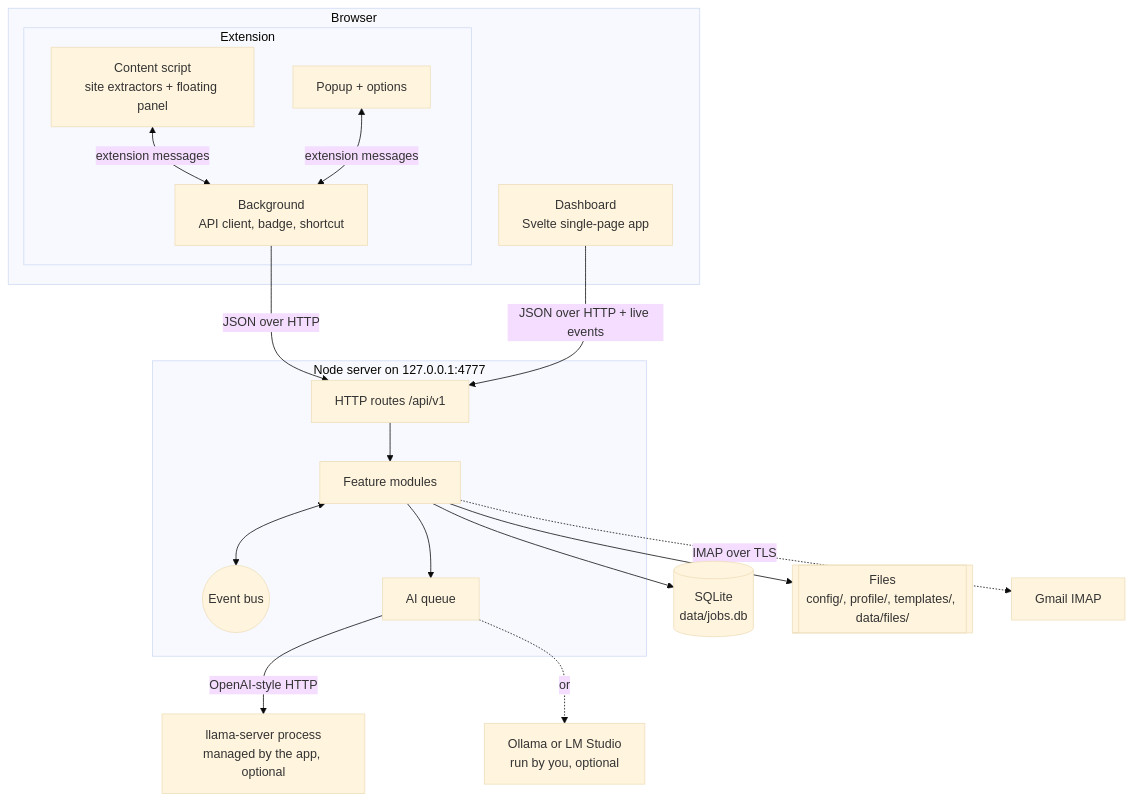
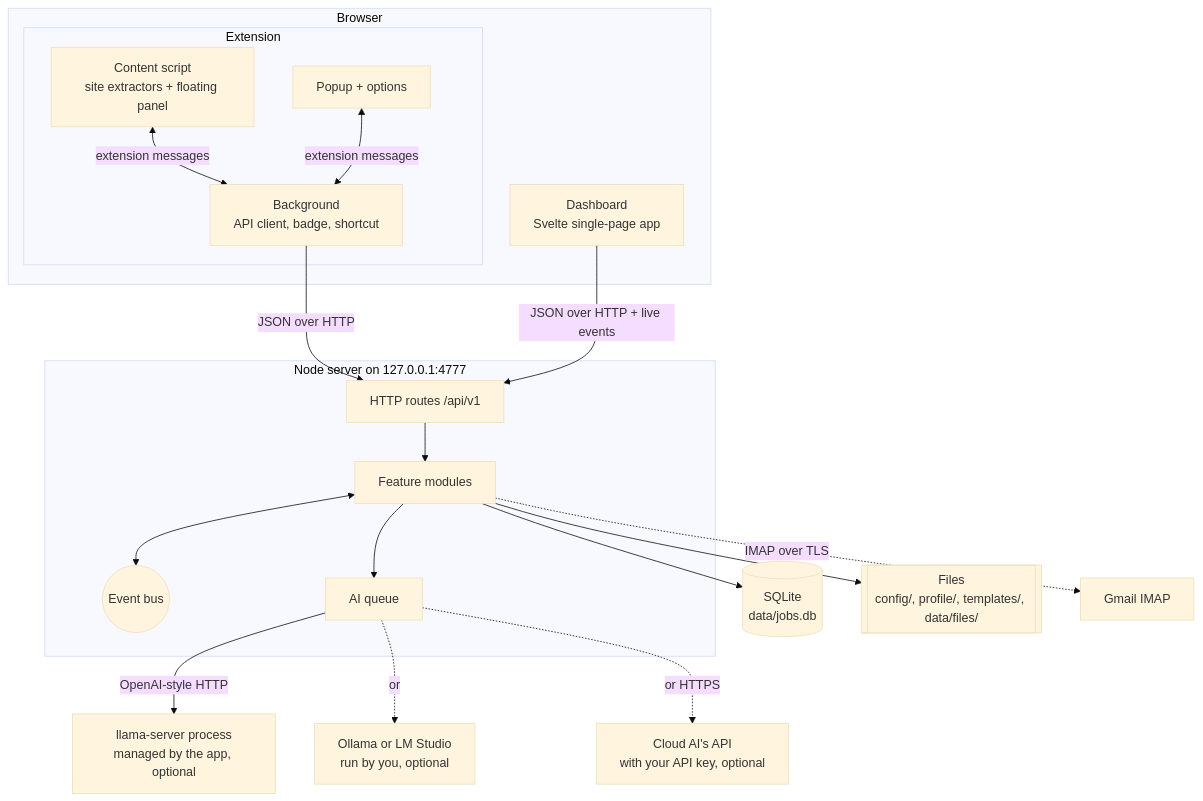
The second of 12 diagrams in docs/architecture.md (aximili/job-registry), drawn with Mermaid (base theme) before and after one commit. The commit also changed other lines of this file and 105 other files, not shown here.

````diff
--- a/docs/architecture.md
+++ b/docs/architecture.md
@@ -85,35 +88,37 @@
 ```mermaid
 flowchart TB
   subgraph browser["Browser"]
     dash["Dashboard<br/>Svelte single-page app"]
     subgraph ext["Extension"]
       cs["Content script<br/>site extractors + floating panel"]
       bg["Background<br/>API client, badge, shortcut"]
       pop["Popup + options"]
     end
   end
   subgraph server["Node server on 127.0.0.1:4777"]
     api["HTTP routes /api/v1"]
     mods["Feature modules"]
     bus(("Event bus"))
     q["AI queue"]
   end
   db[("SQLite<br/>data/jobs.db")]
   files[["Files<br/>config/, profile/, templates/, data/files/"]]
   llama["llama-server process<br/>managed by the app, optional"]
   other["Ollama or LM Studio<br/>run by you, optional"]
+  cloudai["Cloud AI's API<br/>with your API key, optional"]
   imap["Gmail IMAP"]
 
   cs <-->|extension messages| bg
   pop <-->|extension messages| bg
   bg -->|JSON over HTTP| api
   dash -->|JSON over HTTP + live events| api
   api --> mods
   mods <--> bus
   mods --> q
   mods --> db
   mods --> files
   q -->|OpenAI-style HTTP| llama
   q -.->|or| other
+  q -.->|or HTTPS| cloudai
   mods -.->|IMAP over TLS| imap
 ```
````
